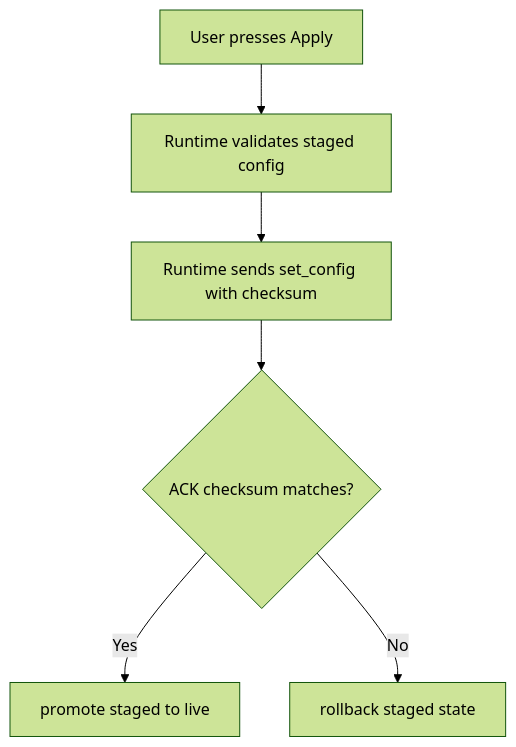
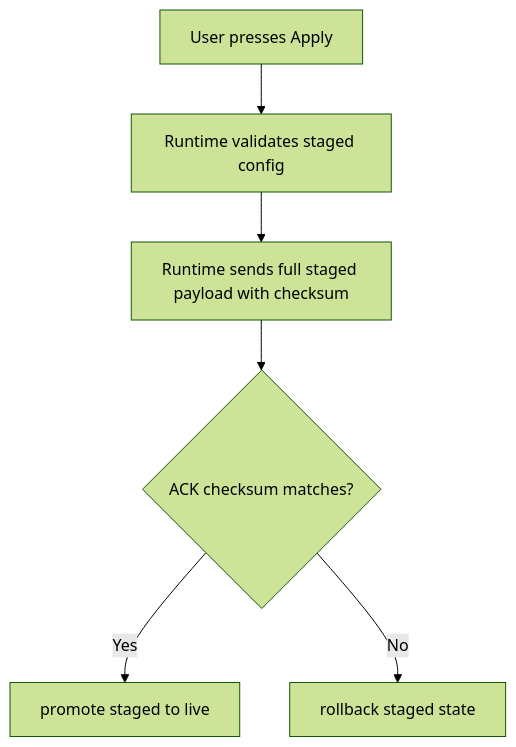
The second of 2 diagrams in docs/guides/Configurator.md (bseverns/MOARkNOBS-42), drawn with Mermaid (forest theme) before and after one commit. The commit also changed other lines of this file and 19 other files, not shown here.

````diff
--- a/docs/guides/Configurator.md
+++ b/docs/guides/Configurator.md
@@ -84,8 +88,8 @@
 ```mermaid
 flowchart TD
   A[User presses Apply] --> B[Runtime validates staged config]
-  B --> C[Runtime sends set_config with checksum]
+  B --> C[Runtime sends full staged payload with checksum]
   C --> D{ACK checksum matches?}
   D -- Yes --> E[promote staged to live]
   D -- No --> F[rollback staged state]
 ```
````
